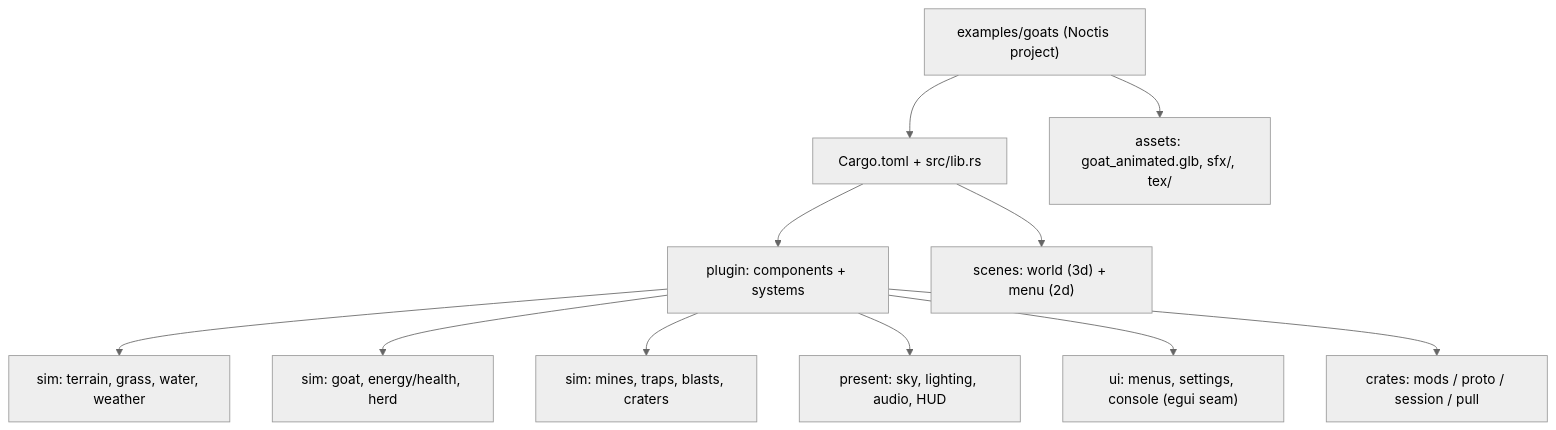
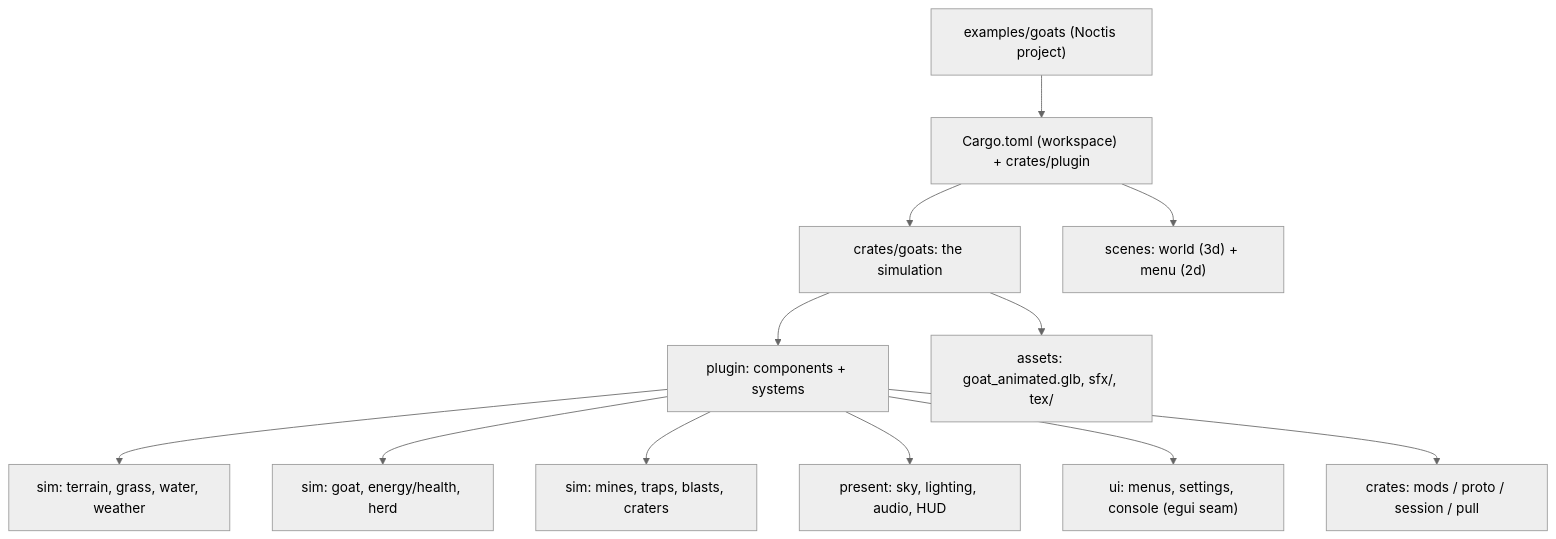
One commit to sdgoij/noctis changed the diagram in .notes/goats.md. Above: the diagram before and after it, drawn with Mermaid (neutral theme). The commit also changed other lines of this file and 19 other files, not shown here.

````diff
--- a/.notes/goats.md
+++ b/.notes/goats.md
@@ -147,13 +148,14 @@
 ```mermaid
 graph TD
-    A["examples/goats (Noctis project)"] --> B["Cargo.toml + src/lib.rs"]
-    B --> C["plugin: components + systems"]
+    A["examples/goats (Noctis project)"] --> B["Cargo.toml (workspace) + crates/plugin"]
+    B --> B2["crates/goats: the simulation"]
+    B2 --> C["plugin: components + systems"]
     C --> D["sim: terrain, grass, water, weather"]
     C --> E["sim: goat, energy/health, herd"]
     C --> F["sim: mines, traps, blasts, craters"]
     C --> G["present: sky, lighting, audio, HUD"]
     C --> H["ui: menus, settings, console (egui seam)"]
     B --> I["scenes: world (3d) + menu (2d)"]
     C --> J["crates: mods / proto / session / pull"]
-    A --> K["assets: goat_animated.glb, sfx/, tex/"]
+    B2 --> K["assets: goat_animated.glb, sfx/, tex/"]
 ```
````
